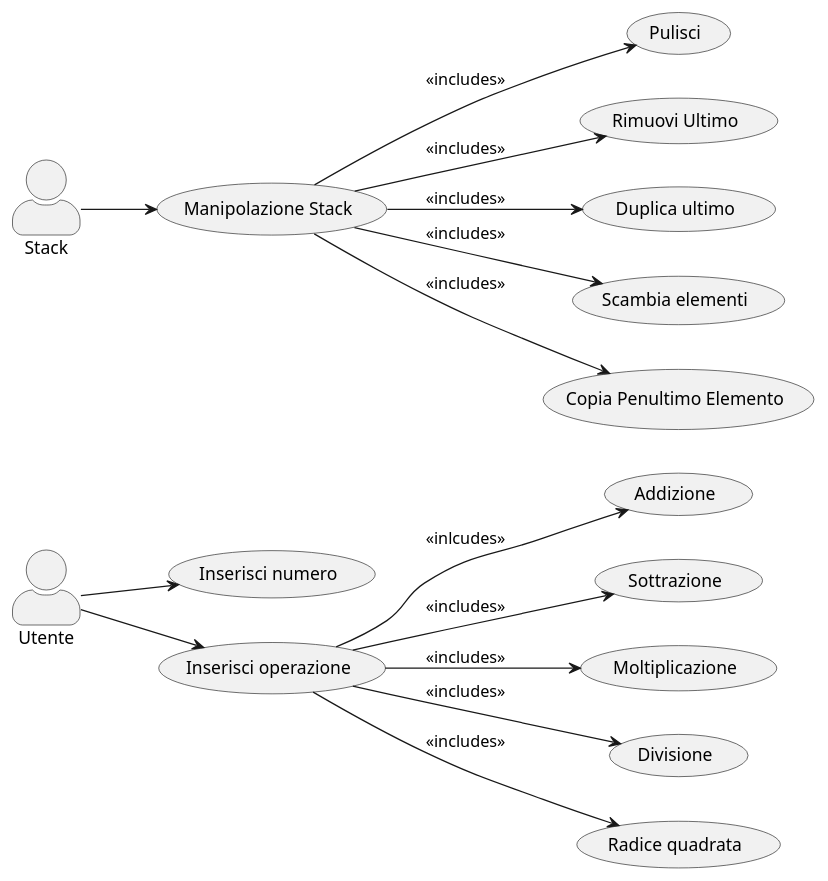
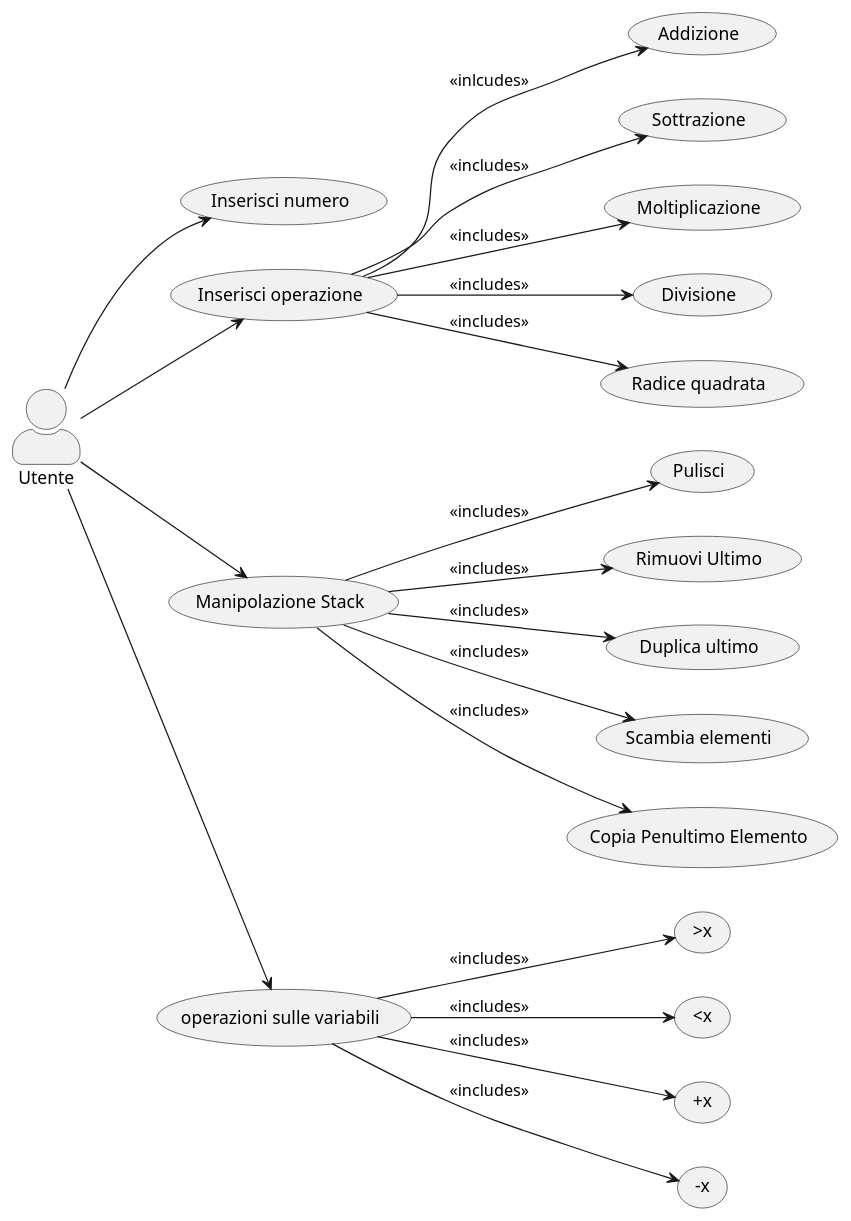
Before and after one commit to LuciaNancyLavista/Gruppo06_software_eng_L.I.V.P: the diagram in CalcolatriceProgrammabile/UseCaseDiagramm/Usecasecal.puml, drawn with PlantUML.

Commit message:
aggiornamento UseCase Diagramm
aggiornato l'usecase diagramma con i nuovi usecases riguardanti le variabili

```diff
--- a/CalcolatriceProgrammabile/UseCaseDiagramm/Usecasecal.puml
+++ b/CalcolatriceProgrammabile/UseCaseDiagramm/Usecasecal.puml
@@ -1,42 +1,54 @@
 @startuml calcolatrice
 skinparam actorStyle awesome
 left to right direction
 
 actor "Utente" as user 
-actor "Stack" as Stack 
+
 
 
 
 usecase "Inserisci numero" as inserisci
 usecase "Inserisci operazione" as operazione
 usecase "Addizione" as add 
 usecase "Sottrazione" as minus
 usecase "Moltiplicazione" as multiply
 usecase "Divisione" as division
 usecase "Radice quadrata" as sqrt 
 
 usecase "Manipolazione Stack" as manipolazione
 usecase "Pulisci" as clear
 usecase "Rimuovi Ultimo" as drop
 usecase "Duplica ultimo" as dup
 usecase "Scambia elementi" as swap
 usecase "Copia Penultimo Elemento" as over 
 
+usecase "operazioni sulle variabili" as Support 
+usecase ">x" as salva 
+usecase "<x" as copia 
+usecase "+x" as sommaVar 
+usecase "-x" as diffVar 
+
 user  --> operazione
 user --> inserisci 
 operazione --> add : <<inlcudes>>
 operazione --> minus : <<includes>>
 operazione --> multiply : <<includes>>
 operazione --> division : <<includes>>
 operazione --> sqrt : <<includes>>
 
 
-Stack --> manipolazione 
+user --> manipolazione 
 manipolazione --> clear : <<includes>>
 manipolazione --> drop : <<includes>>
 manipolazione --> dup : <<includes>>
 manipolazione --> swap : <<includes>>
 manipolazione -->over : <<includes>>
 
+user --> Support 
+Support --> salva : <<includes>>
+Support --> copia : <<includes>>
+Support --> sommaVar : <<includes>>
+Support --> diffVar : <<includes>>
+
 
 @enduml
```
